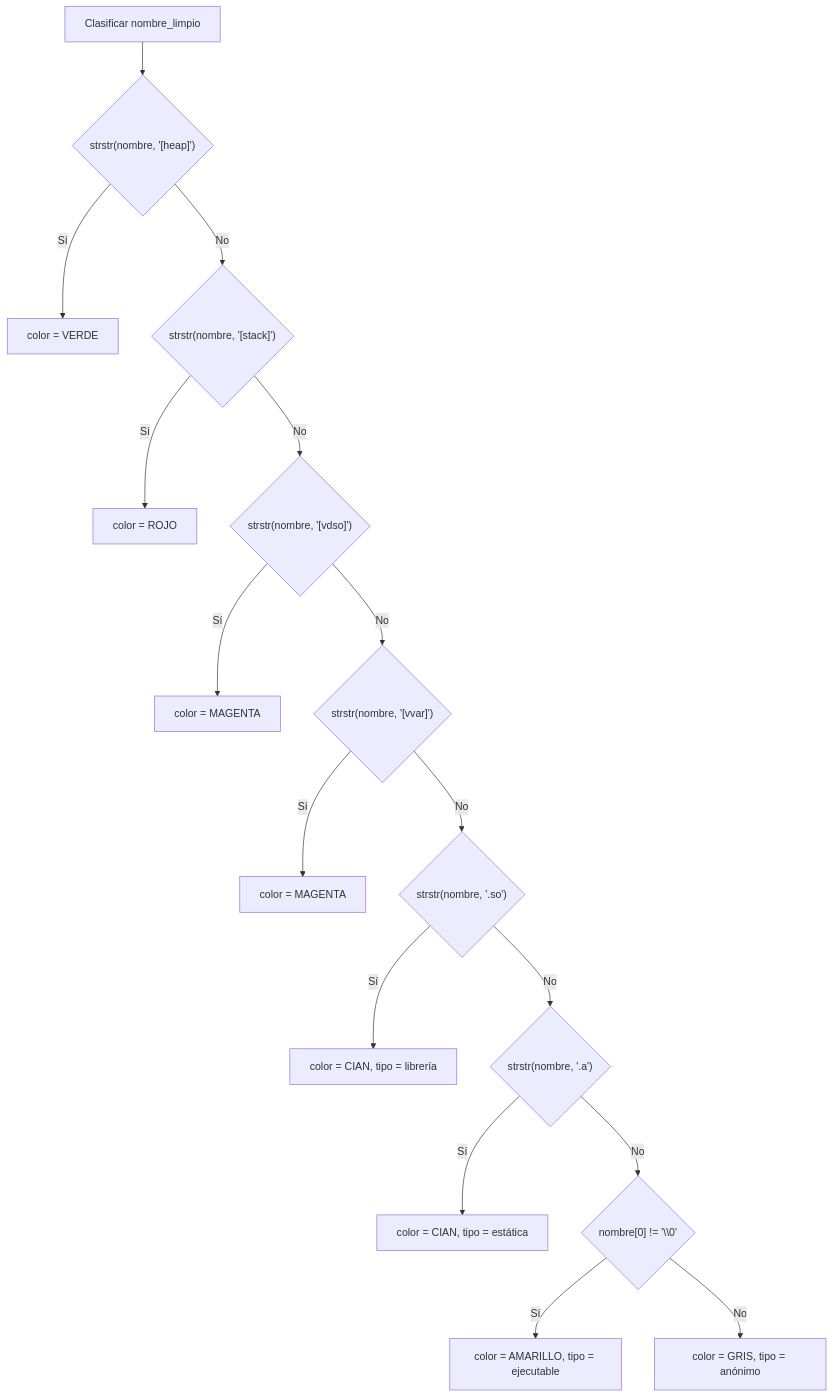
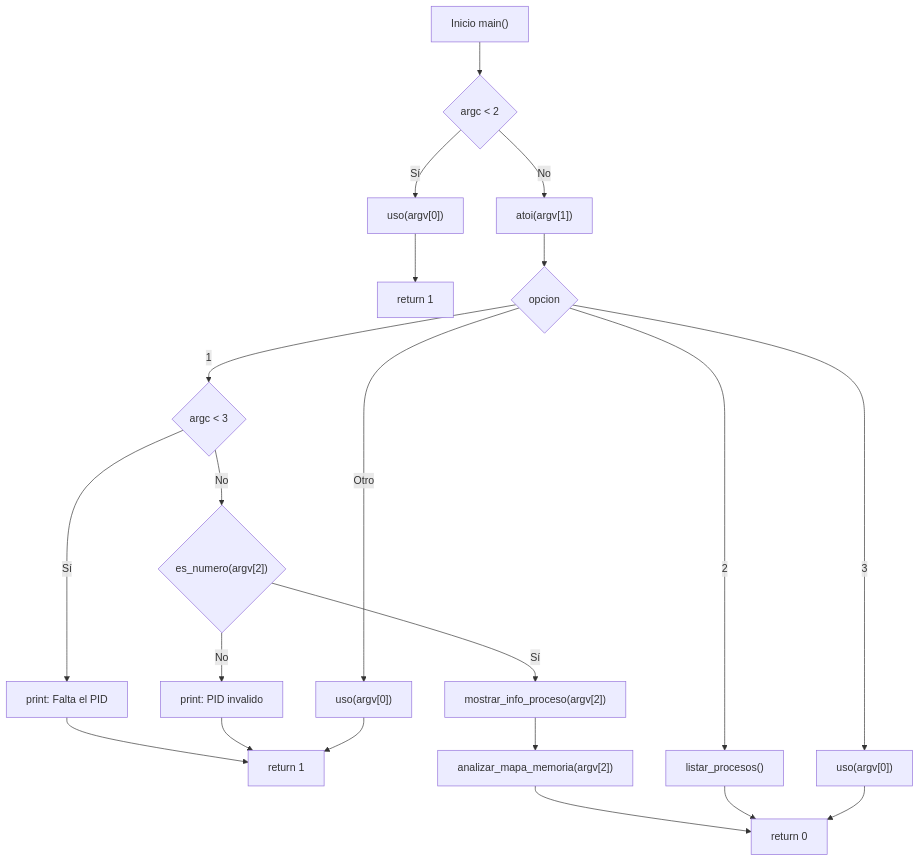
One commit to dantecc10/operative-systems-ii changed the sixth of 6 diagrams in reports/programa-4/REPORT.md. Above: the diagram before and after it, drawn with Mermaid. The commit also changed other lines of this file and 11 other files, not shown here.

````diff
--- a/reports/programa-4/REPORT.md
+++ b/reports/programa-4/REPORT.md
@@ -592,18 +830,23 @@
 ```mermaid
 flowchart TD
-    A["Clasificar nombre_limpio"] --> B{"strstr(nombre, '[heap]')"}
-    B -->|"Sí"| C["color = VERDE"]
-    B -->|"No"| D{"strstr(nombre, '[stack]')"}
-    D -->|"Sí"| E["color = ROJO"]
-    D -->|"No"| F{"strstr(nombre, '[vdso]')"}
-    F -->|"Sí"| G["color = MAGENTA"]
-    F -->|"No"| H{"strstr(nombre, '[vvar]')"}
-    H -->|"Sí"| I["color = MAGENTA"]
-    H -->|"No"| J{"strstr(nombre, '.so')"}
-    J -->|"Sí"| K["color = CIAN, tipo = librería"]
-    J -->|"No"| L{"strstr(nombre, '.a')"}
-    L -->|"Sí"| M["color = CIAN, tipo = estática"]
-    L -->|"No"| N{"nombre[0] != '\\0'"}
-    N -->|"Sí"| O["color = AMARILLO, tipo = ejecutable"]
-    N -->|"No"| P["color = GRIS, tipo = anónimo"]
+    A["Inicio main()"] --> B{"argc < 2"}
+    B -->|"Sí"| C["uso(argv[0])"]
+    C --> D["return 1"]
+    B -->|"No"| E["atoi(argv[1])"]
+    E --> F{"opcion"}
+    F -->|"1"| G{"argc < 3"}
+    G -->|"Sí"| H["print: Falta el PID"]
+    H --> I["return 1"]
+    G -->|"No"| J{"es_numero(argv[2])"}
+    J -->|"No"| K["print: PID invalido"]
+    K --> I
+    J -->|"Sí"| L["mostrar_info_proceso(argv[2])"]
+    L --> M["analizar_mapa_memoria(argv[2])"]
+    F -->|"2"| N["listar_procesos()"]
+    F -->|"3"| O["uso(argv[0])"]
+    F -->|"Otro"| P["uso(argv[0])"]
+    P --> I
+    M --> Q["return 0"]
+    N --> Q
+    O --> Q
 ```
````
